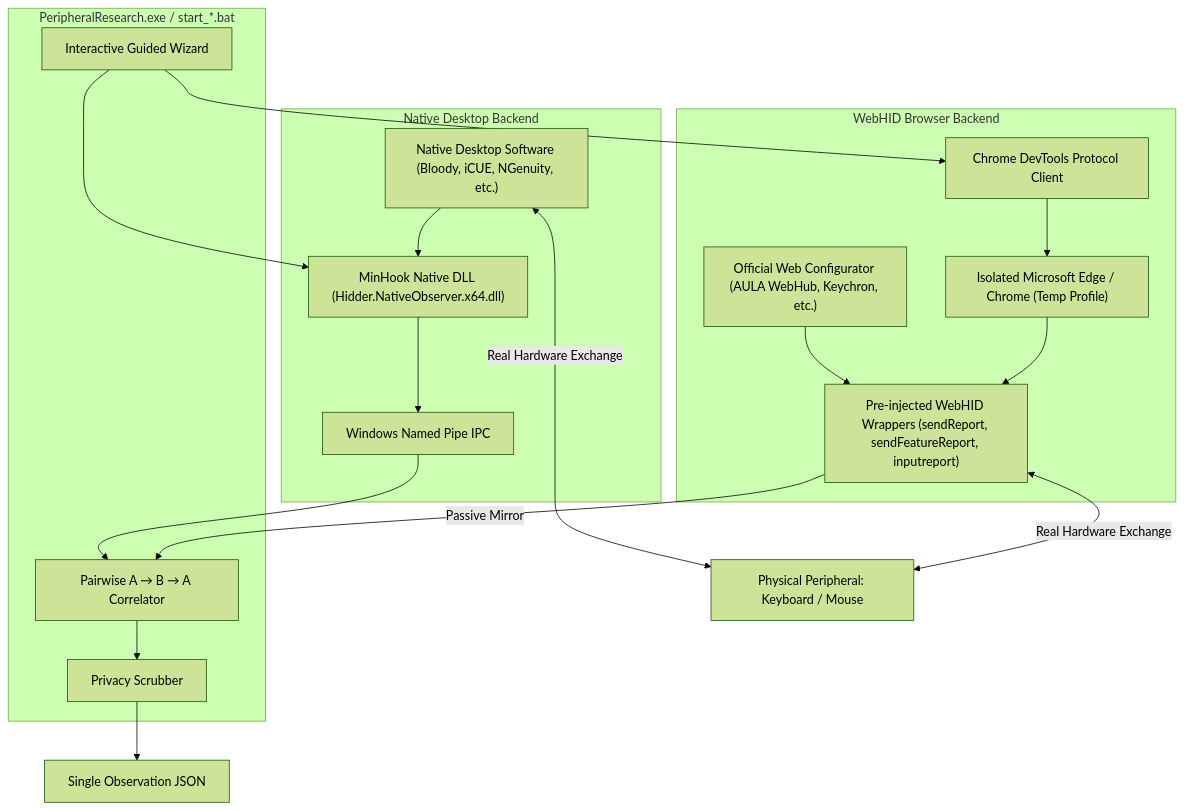
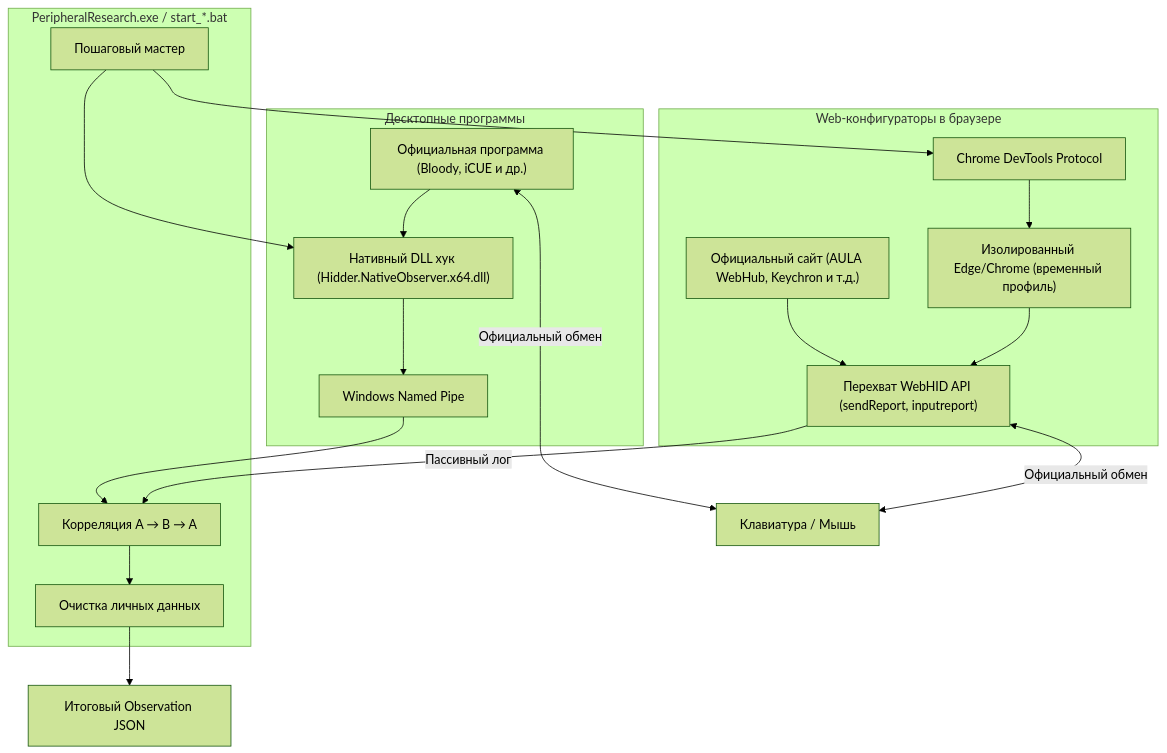
Before and after one commit to Phnem/Hidder: the diagram in README.md, drawn with Mermaid (forest theme). The commit also changed other lines of this file, not shown here.

````diff
--- a/README.md
+++ b/README.md
@@ -54,39 +66,39 @@
 ```mermaid
 graph TD
     subgraph Hidder ["PeripheralResearch.exe / start_*.bat"]
-        Wizard[Interactive Guided Wizard]
-        Correlator[Pairwise A → B → A Correlator]
-        Privacy[Privacy Scrubber]
+        Wizard[Пошаговый мастер]
+        Correlator[Корреляция A → B → A]
+        Privacy[Очистка личных данных]
     end
 
-    subgraph WebHID_Mode ["WebHID Browser Backend"]
-        CDP[Chrome DevTools Protocol Client]
-        Browser["Isolated Microsoft Edge / Chrome (Temp Profile)"]
-        JSHooks["Pre-injected WebHID Wrappers (sendReport, sendFeatureReport, inputreport)"]
-        WebVendor["Official Web Configurator (AULA WebHub, Keychron, etc.)"]
+    subgraph WebHID_Mode ["Web-конфигураторы в браузере"]
+        CDP[Chrome DevTools Protocol]
+        Browser["Изолированный Edge/Chrome (временный профиль)"]
+        JSHooks["Перехват WebHID API (sendReport, inputreport)"]
+        WebVendor["Официальный сайт (AULA WebHub, Keychron и т.д.)"]
     end
 
-    subgraph Native_Mode ["Native Desktop Backend"]
-        MinHook["MinHook Native DLL (Hidder.NativeObserver.x64.dll)"]
-        DesktopVendor["Native Desktop Software (Bloody, iCUE, NGenuity, etc.)"]
-        NamedPipe["Windows Named Pipe IPC"]
+    subgraph Native_Mode ["Десктопные программы"]
+        MinHook["Нативный DLL хук (Hidder.NativeObserver.x64.dll)"]
+        DesktopVendor["Официальная программа (Bloody, iCUE и др.)"]
+        NamedPipe["Windows Named Pipe"]
     end
 
-    Device[Physical Peripheral: Keyboard / Mouse]
+    Device[Клавиатура / Мышь]
 
     Wizard --> CDP
     CDP --> Browser
     Browser --> JSHooks
     WebVendor --> JSHooks
-    JSHooks -->|Passive Mirror| Correlator
-    JSHooks <-->|Real Hardware Exchange| Device
+    JSHooks -->|Пассивный лог| Correlator
+    JSHooks <-->|Официальный обмен| Device
 
     Wizard --> MinHook
     DesktopVendor --> MinHook
     MinHook --> NamedPipe
     NamedPipe --> Correlator
-    DesktopVendor <-->|Real Hardware Exchange| Device
+    DesktopVendor <-->|Официальный обмен| Device
 
     Correlator --> Privacy
-    Privacy --> JSON[Single Observation JSON]
+    Privacy --> JSON[Итоговый Observation JSON]
 ```
````
